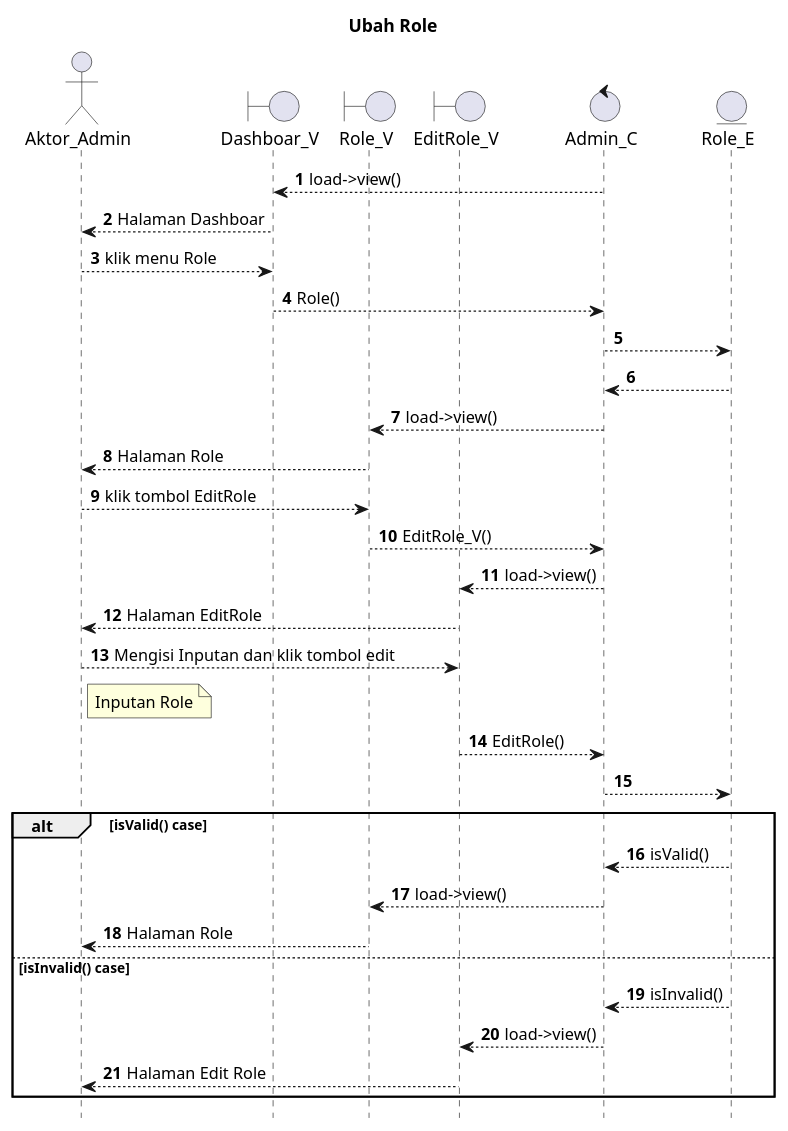
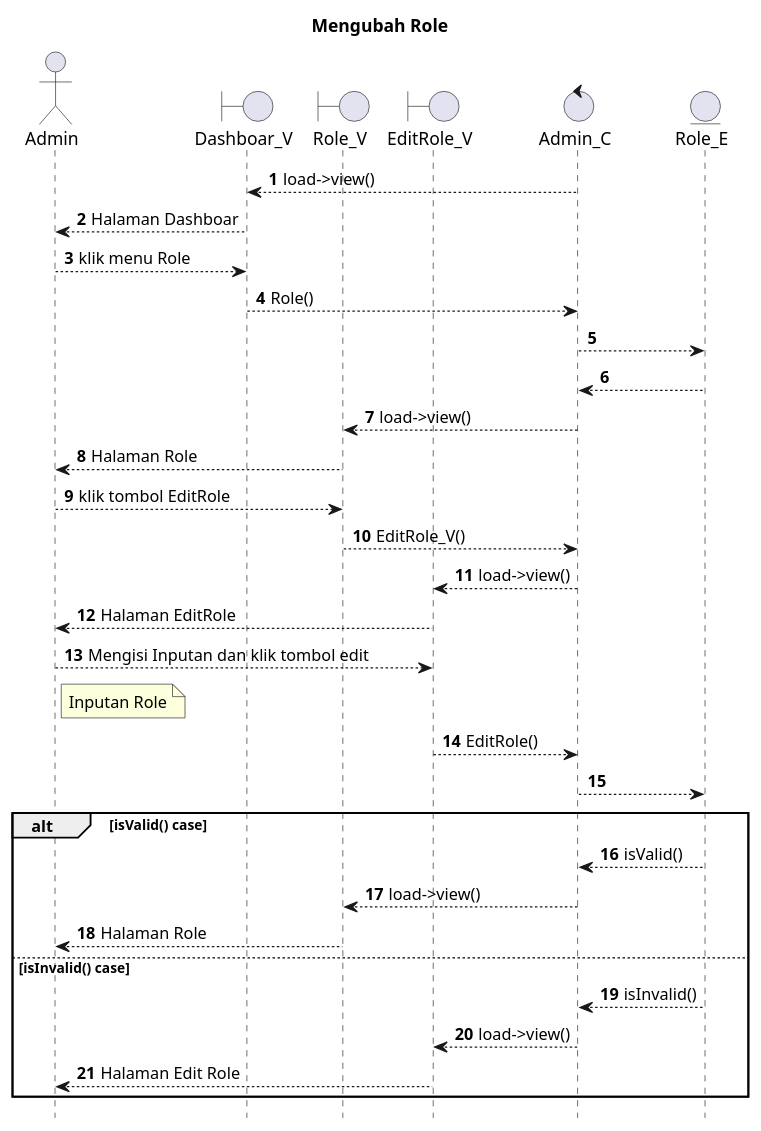
The diagram in SELAIN SISTEM/UML/SEQUENCE/admin/editrole.puml (kurniado729/sistem_kp), drawn with PlantUML before and after one commit. The commit also changed 31 other files, not shown here.

Commit message:
masukkan sequence di laporan

```diff
--- a/SELAIN SISTEM/UML/SEQUENCE/admin/editrole.puml
+++ b/SELAIN SISTEM/UML/SEQUENCE/admin/editrole.puml
@@ -1,50 +1,50 @@
 @startuml
 
 autonumber
 hide footbox
-title Ubah Role
+title Mengubah Role
 
-Actor Aktor_Admin
+Actor Admin
 boundary Dashboar_V
 boundary Role_V
 boundary EditRole_V
 control Admin_C
 Entity Role_E
 
 Admin_C --> Dashboar_V: load->view()
-Dashboar_V --> Aktor_Admin: Halaman Dashboar
-Aktor_Admin --> Dashboar_V: klik menu Role
+Dashboar_V --> Admin: Halaman Dashboar
+Admin --> Dashboar_V: klik menu Role
 Dashboar_V --> Admin_C: Role()
 Admin_C --> Role_E:
     
     Role_E --> Admin_C:
     Admin_C --> Role_V: load->view()
-    Role_V --> Aktor_Admin: Halaman Role
+    Role_V --> Admin: Halaman Role
 
-Aktor_Admin --> Role_V: klik tombol EditRole
+Admin --> Role_V: klik tombol EditRole
 Role_V --> Admin_C: EditRole_V()
 Admin_C --> EditRole_V: load->view()
-EditRole_V --> Aktor_Admin: Halaman EditRole
+EditRole_V --> Admin: Halaman EditRole
 
-Aktor_Admin --> EditRole_V: Mengisi Inputan dan klik tombol edit
-    note right of Aktor_Admin
+Admin --> EditRole_V: Mengisi Inputan dan klik tombol edit
+    note right of Admin
         Inputan Role
             end note
 EditRole_V --> Admin_C: EditRole()
 Admin_C --> Role_E:
 
 alt isValid() case
     
     Role_E --> Admin_C: isValid()
     Admin_C --> Role_V: load->view()
-    Role_V --> Aktor_Admin: Halaman Role
+    Role_V --> Admin: Halaman Role
 
 else isInvalid() case
     
     Role_E --> Admin_C: isInvalid()
     Admin_C --> EditRole_V: load->view()
-    EditRole_V --> Aktor_Admin: Halaman Edit Role
+    EditRole_V --> Admin: Halaman Edit Role
 end
 
 
 @enduml
```
